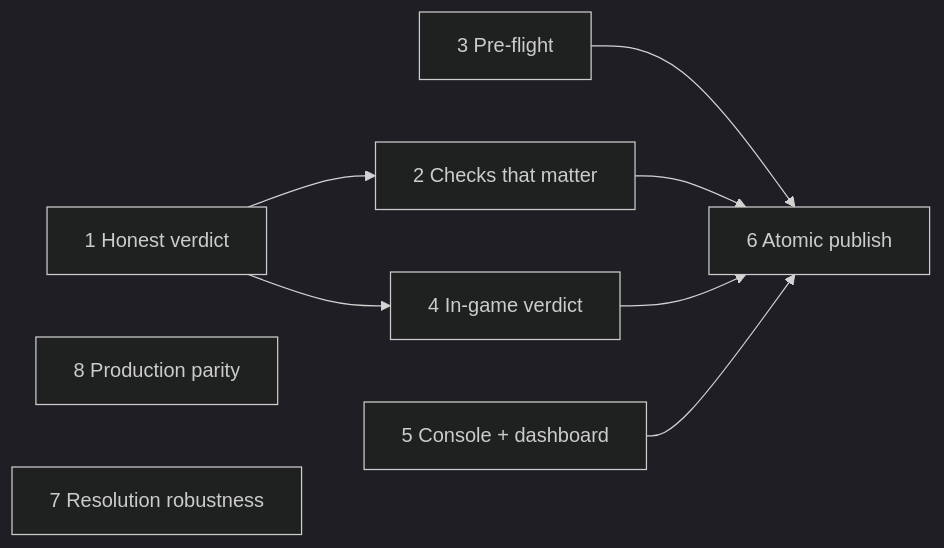
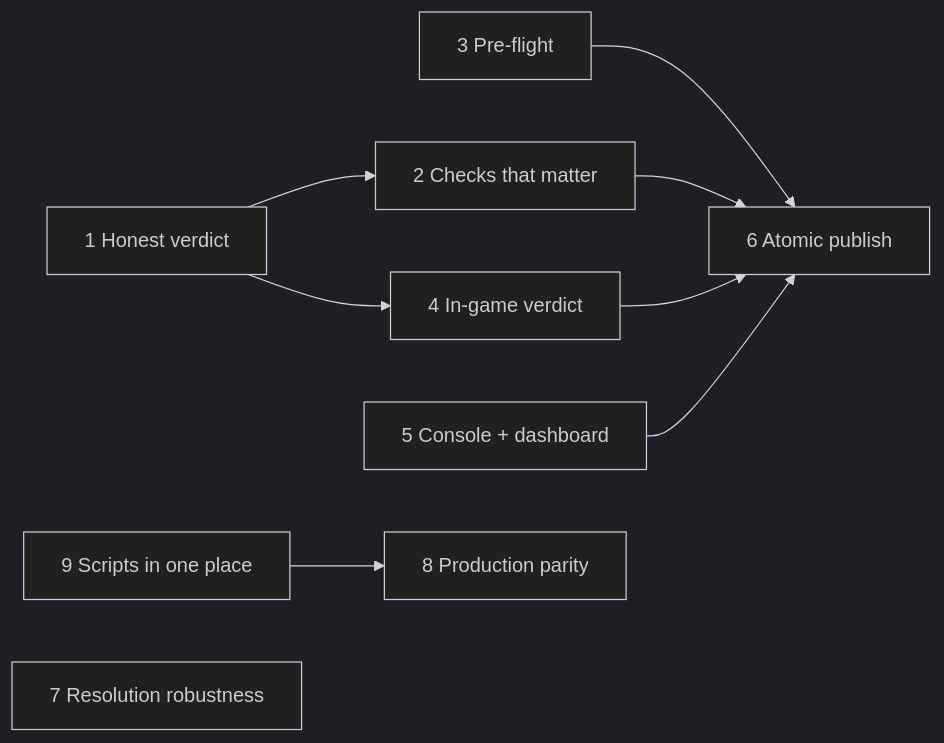
One commit to MCME/ResourcePackScripts changed the diagram in docs/release-rework-issues.md. Above: the diagram before and after it, drawn with Mermaid (dark theme). The commit also changed other lines of this file and 1 other file, not shown here.

````diff
--- a/docs/release-rework-issues.md
+++ b/docs/release-rework-issues.md
@@ -14,11 +15,11 @@
 ```mermaid
 flowchart LR
     i1["1 Honest verdict"] --> i2["2 Checks that matter"]
     i1 --> i4["4 In-game verdict"]
     i3["3 Pre-flight"] --> i6["6 Atomic publish"]
     i2 --> i6
     i4 --> i6
     i5["5 Console + dashboard"] --> i6
-    i8["8 Production parity"]
+    i9["9 Scripts in one place"] --> i8["8 Production parity"]
     i7["7 Resolution robustness"]
 ```
````
